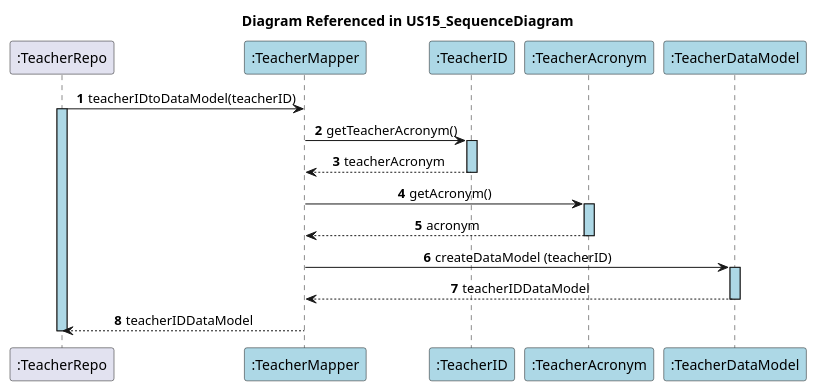
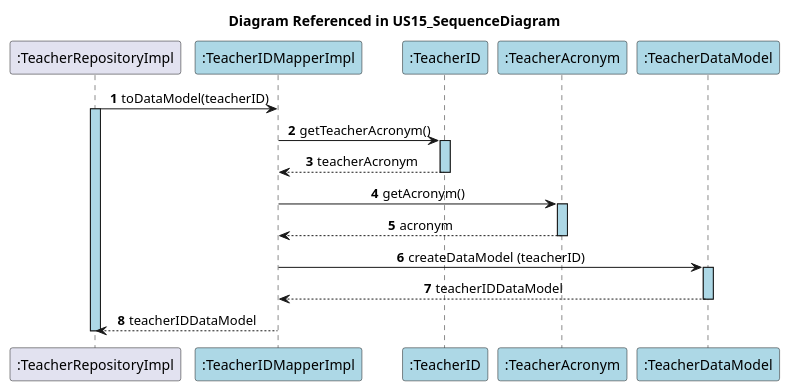
Before and after one commit to GasparISEP/DevOps-PAI: the diagram in docs/US15/UpdateTeacherWorkingPercentage_SpringData/SequenceDiagramRef_TeacherIDDataModel1.puml, drawn with PlantUML. The commit also changed 5 other files, not shown here.

Commit message:
Refactor classes names in diagrams to follow implementation naming convention. Refs #268

```diff
--- a/docs/US15/UpdateTeacherWorkingPercentage_SpringData/SequenceDiagramRef_TeacherIDDataModel1.puml
+++ b/docs/US15/UpdateTeacherWorkingPercentage_SpringData/SequenceDiagramRef_TeacherIDDataModel1.puml
@@ -1,31 +1,31 @@
 @startuml
 autonumber
 skinparam sequenceMessageAlign center
 skinparam sequenceLifeLineBackgroundColor lightblue
 title Diagram Referenced in US15_SequenceDiagram
 
-participant ":TeacherRepo" as TRepo
-participant ":TeacherMapper" as TMapper #lightblue
+participant ":TeacherRepositoryImpl" as TRepo
+participant ":TeacherIDMapperImpl" as TMapper #lightblue
 participant ":TeacherID" as TID #lightblue
 participant ":TeacherAcronym" as TAVO #lightblue
 participant ":TeacherDataModel" as TDM #lightblue
 
-TRepo -> TMapper : teacherIDtoDataModel(teacherID)
+TRepo -> TMapper : toDataModel(teacherID)
 activate TRepo
 TMapper -> TID : getTeacherAcronym()
 activate TID
 TID --> TMapper : teacherAcronym
 deactivate TID
 TMapper -> TAVO : getAcronym()
 activate TAVO
 TAVO --> TMapper :acronym
 deactivate TAVO
 TMapper ->TDM : createDataModel (teacherID)
 activate TDM
 
 
 TDM --> TMapper : teacherIDDataModel
 deactivate TDM
 TMapper --> TRepo :teacherIDDataModel
 deactivate TRepo
 @enduml
```
